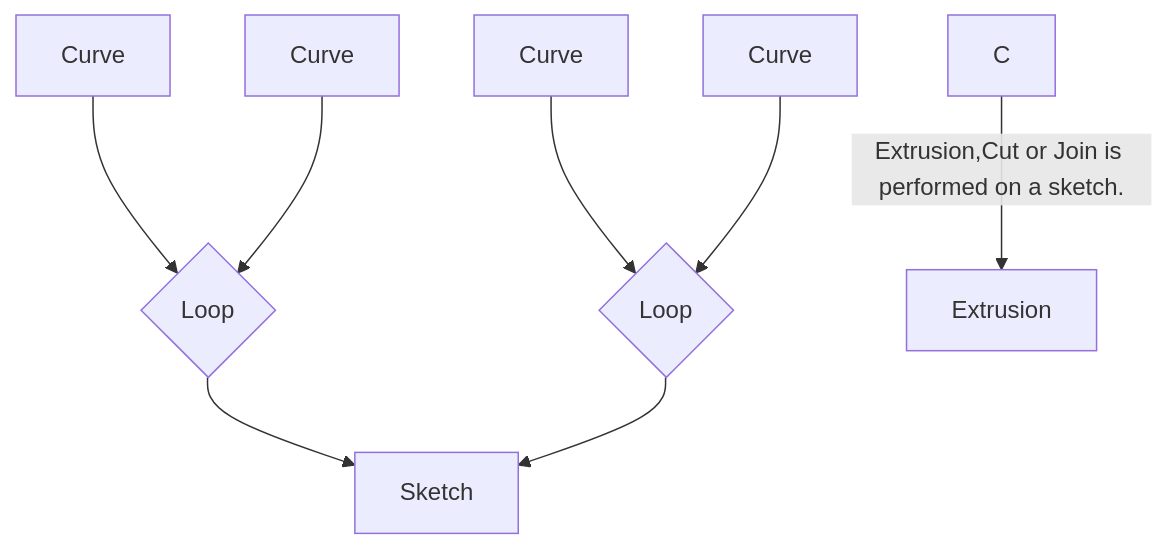
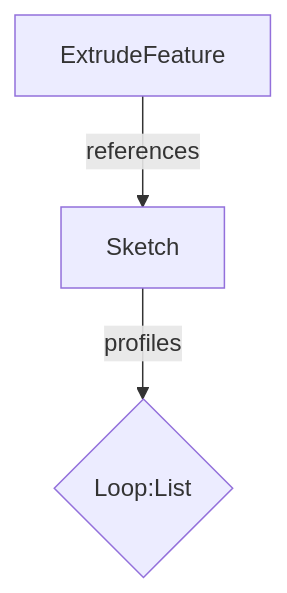
One commit to SadilKhan/CC3DParser changed the diagram in README.md. Above: the diagram before and after it, drawn with Mermaid.

Commit message:
readme update

````diff
--- a/README.md
+++ b/README.md
@@ -50,10 +50,5 @@
 ```mermaid
 graph TD
-    C1[Curve] --> L1{Loop};
-    C2[Curve]-->L1;
-    C3[Curve] --> L2{Loop};
-    C4[Curve]-->L2
-    L1 --> S1[Sketch];
-    L2 --> S1[Sketch];
-    C --> |Extrusion,Cut or Join is performed on a sketch.| D[Extrusion];
+    E1[ExtrudeFeature] -->|references| S1[Sketch]
+    S1 --> |profiles| L1{Loop:List};
 ```
````
